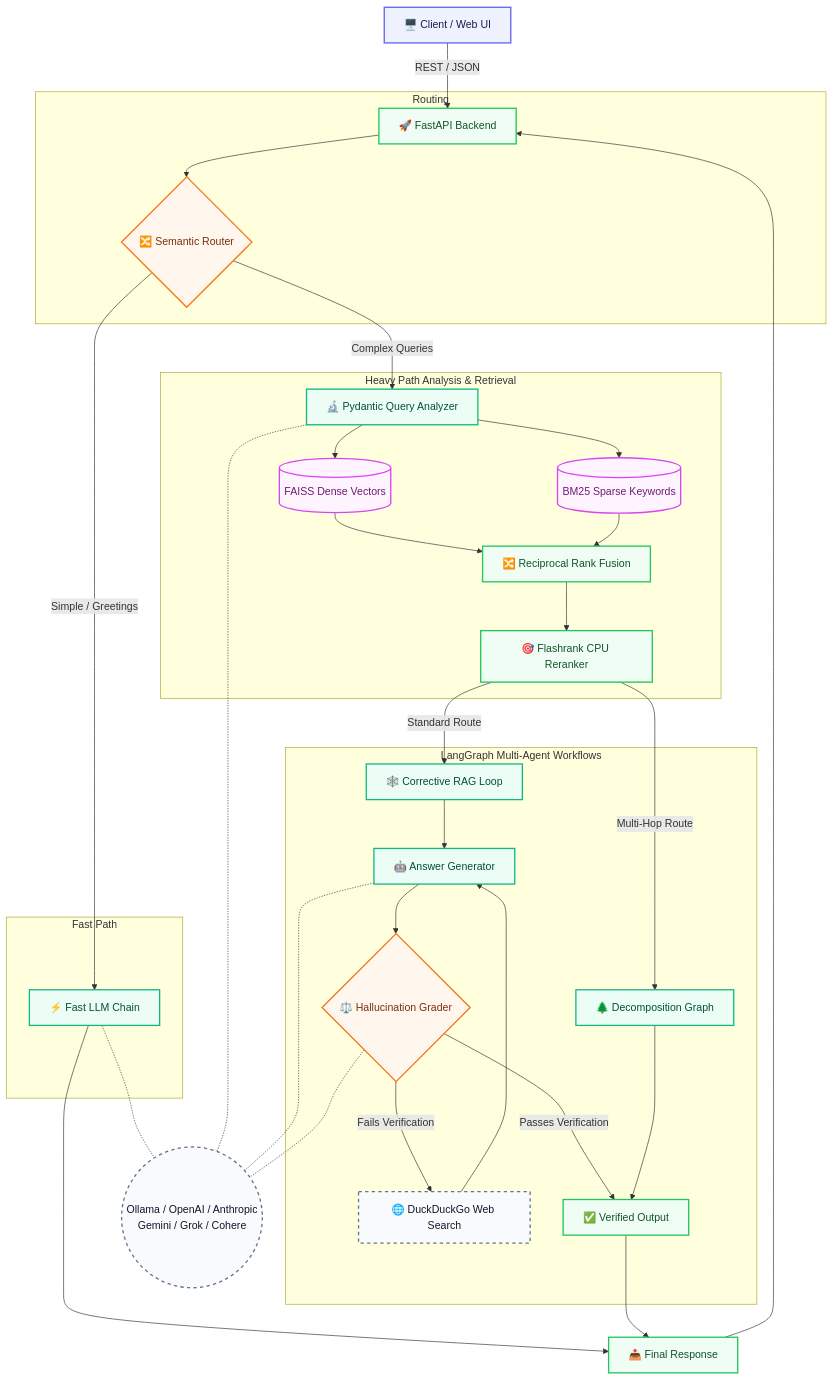
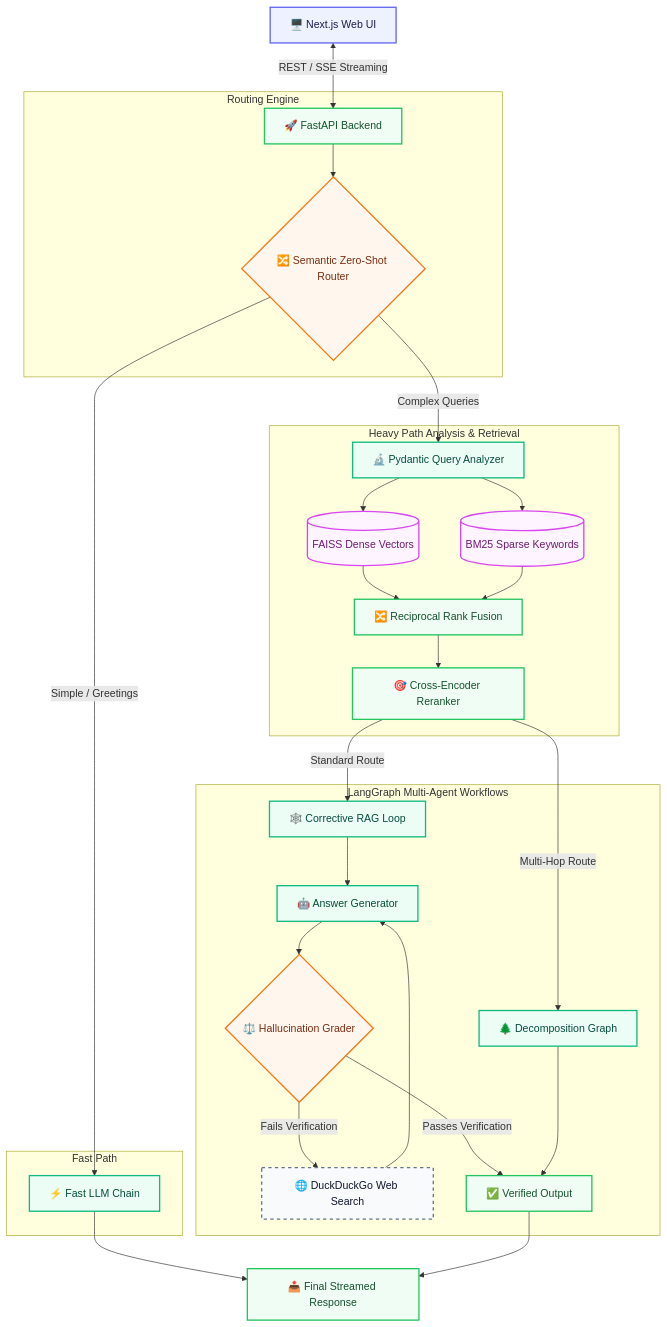
Before and after one commit to Sh1vaay/RAG: the first of 2 diagrams in README.md, drawn with Mermaid. The commit also changed other lines of this file and 2 other files, not shown here.

Commit message:
docs: update architecture documentation and add backend service scaffolding

````diff
--- a/README.md
+++ b/README.md
@@ -32,78 +40,70 @@
 ```mermaid
 graph TD
     %% Styling Definitions
     classDef client fill:#eef2ff,stroke:#6366f1,stroke-width:2px,color:#1e1b4b;
     classDef api fill:#f0fdf4,stroke:#22c55e,stroke-width:2px,color:#14532d;
     classDef router fill:#fff7ed,stroke:#f97316,stroke-width:2px,color:#7c2d12;
     classDef db fill:#fdf4ff,stroke:#d946ef,stroke-width:2px,color:#701a75;
     classDef agent fill:#ecfdf5,stroke:#10b981,stroke-width:2px,color:#064e3b;
     classDef external fill:#f8fafc,stroke:#64748b,stroke-width:2px,color:#0f172a,stroke-dasharray: 5 5;
 
     %% 1. Client & API Layer
-    Client[🖥️ Client / Web UI]:::client
+    Client[🖥️ Next.js Web UI]:::client
     API[🚀 FastAPI Backend]:::api
-    Client -->|REST / JSON| API
+    Client <-->|REST / SSE Streaming| API
 
     %% 2. Orchestration & Routing
-    subgraph Routing
-        Router{🔀 Semantic Router}:::router
+    subgraph Routing Engine
+        Router{🔀 Semantic Zero-Shot Router}:::router
         API --> Router
     end
 
     %% 3. Fast Path
     subgraph Fast Path
         FastChain[⚡ Fast LLM Chain]:::agent
         Router -->|Simple / Greetings| FastChain
     end
 
     %% 4. Heavy Path: Analysis & Hybrid Retrieval
     subgraph Heavy Path Analysis & Retrieval
         QueryAnalyzer[🔬 Pydantic Query Analyzer]:::agent
         Router -->|Complex Queries| QueryAnalyzer
         
         FAISS[(FAISS Dense Vectors)]:::db
         BM25[(BM25 Sparse Keywords)]:::db
         
         QueryAnalyzer --> FAISS
         QueryAnalyzer --> BM25
         
         RRF[🔀 Reciprocal Rank Fusion]:::api
         FAISS --> RRF
         BM25 --> RRF
         
-        Reranker[🎯 Flashrank CPU Reranker]:::api
+        Reranker[🎯 Cross-Encoder Reranker]:::api
         RRF --> Reranker
     end
 
     %% 5. LangGraph Agentic Loop
     subgraph LangGraph Multi-Agent Workflows
         CRAG[🕸️ Corrective RAG Loop]:::agent
         Decomp[🌲 Decomposition Graph]:::agent
         
         Reranker -->|Standard Route| CRAG
         Reranker -->|Multi-Hop Route| Decomp
         
         Generator[🤖 Answer Generator]:::agent
         Grader{⚖️ Hallucination Grader}:::router
         DDG[🌐 DuckDuckGo Web Search]:::external
         
         CRAG --> Generator
         Generator --> Grader
         Grader -->|Fails Verification| DDG
         DDG --> Generator
         Grader -->|Passes Verification| Verified[✅ Verified Output]:::api
         Decomp --> Verified
     end
 
     %% Final Resolution
-    FastChain --> Output[📤 Final Response]:::api
+    FastChain --> Output[📤 Final Streamed Response]:::api
     Verified --> Output
-    Output --> API
-    
-    %% External Services
-    LLM((Ollama / OpenAI / Anthropic<br/>Gemini / Grok / Cohere)):::external
-    FastChain -.- LLM
-    QueryAnalyzer -.- LLM
-    Generator -.- LLM
-    Grader -.- LLM
 ```
````
